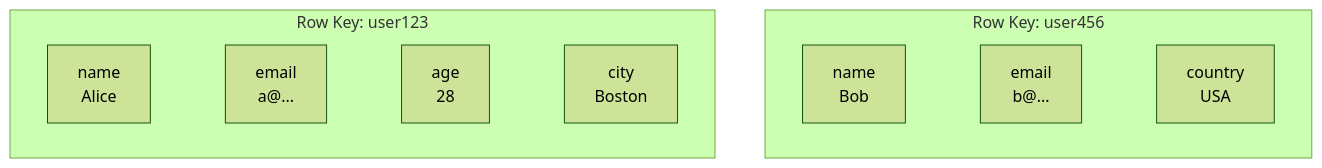
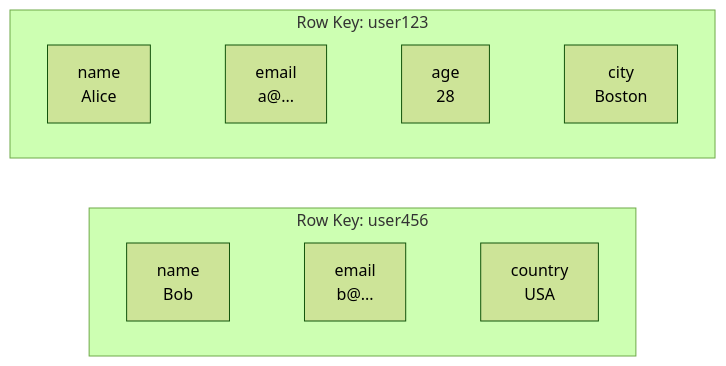
The second of 9 diagrams in apps/web/src/data/courses/databases/11-keyvalue-widecolumn/reveal.md (gameguild-gg/gameguild), drawn with Mermaid (forest theme) before and after one commit. The commit also changed other lines of this file, not shown here.

````diff
--- a/apps/web/src/data/courses/databases/11-keyvalue-widecolumn/reveal.md
+++ b/apps/web/src/data/courses/databases/11-keyvalue-widecolumn/reveal.md
@@ -566,12 +574,12 @@
 ```mermaid
-flowchart LR
+flowchart TD
     subgraph R1["Row Key: user123"]
         direction LR
         R1C1["name\nAlice"] ~~~ R1C2["email\na@..."] ~~~ R1C3["age\n28"] ~~~ R1C4["city\nBoston"]
     end
     subgraph R2["Row Key: user456"]
         direction LR
         R2C1["name\nBob"] ~~~ R2C2["email\nb@..."] ~~~ R2C3["country\nUSA"]
     end
     R1 ~~~ R2
 ```
````
